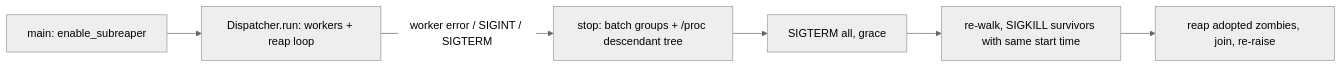
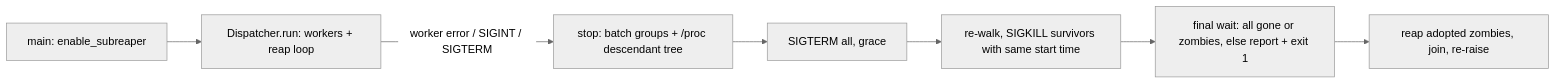
The diagram in .ai/current-plan.md (Muf454/agents), drawn with Mermaid (neutral theme) before and after one commit. The commit also changed other lines of this file and 6 other files, not shown here.

````diff
--- a/.ai/current-plan.md
+++ b/.ai/current-plan.md
@@ -21,8 +26,9 @@
    ```mermaid
    flowchart LR
      M[main: enable_subreaper] --> D[Dispatcher.run: workers + reap loop]
      D -- worker error / SIGINT / SIGTERM --> S[stop: batch groups + /proc descendant tree]
      S --> T[SIGTERM all, grace]
      T --> K[re-walk, SIGKILL survivors with same start time]
-     K --> R[reap adopted zombies, join, re-raise]
+     K --> W[final wait: all gone or zombies, else report + exit 1]
+     W --> R[reap adopted zombies, join, re-raise]
    ```
````
